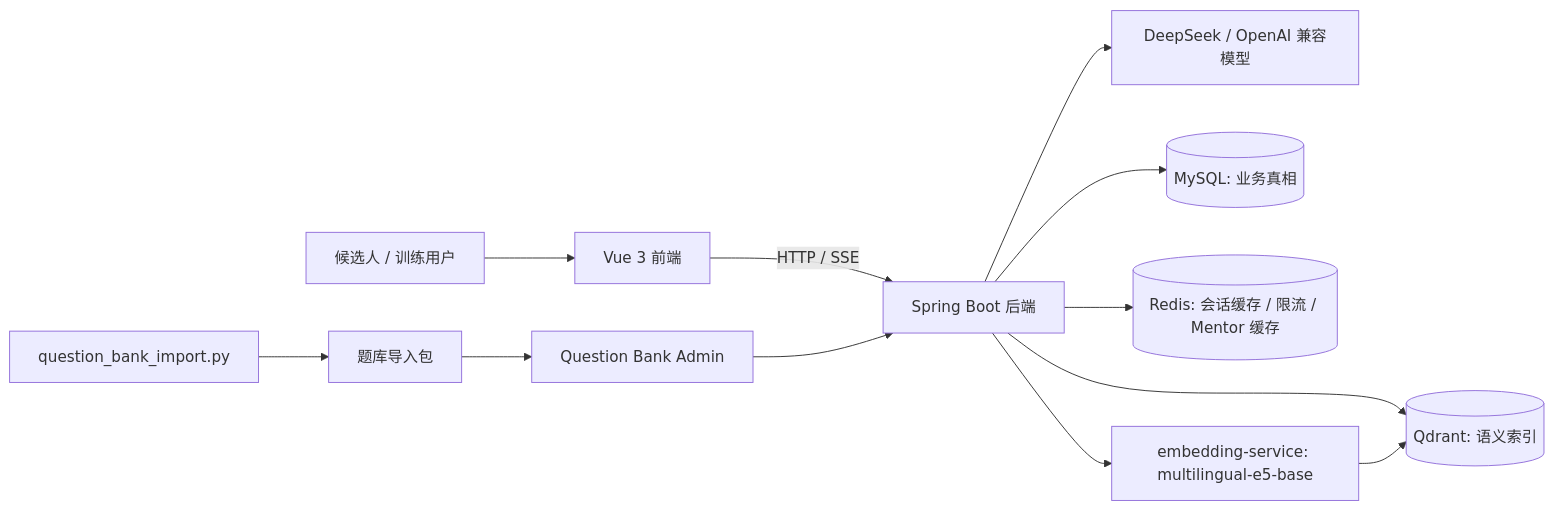
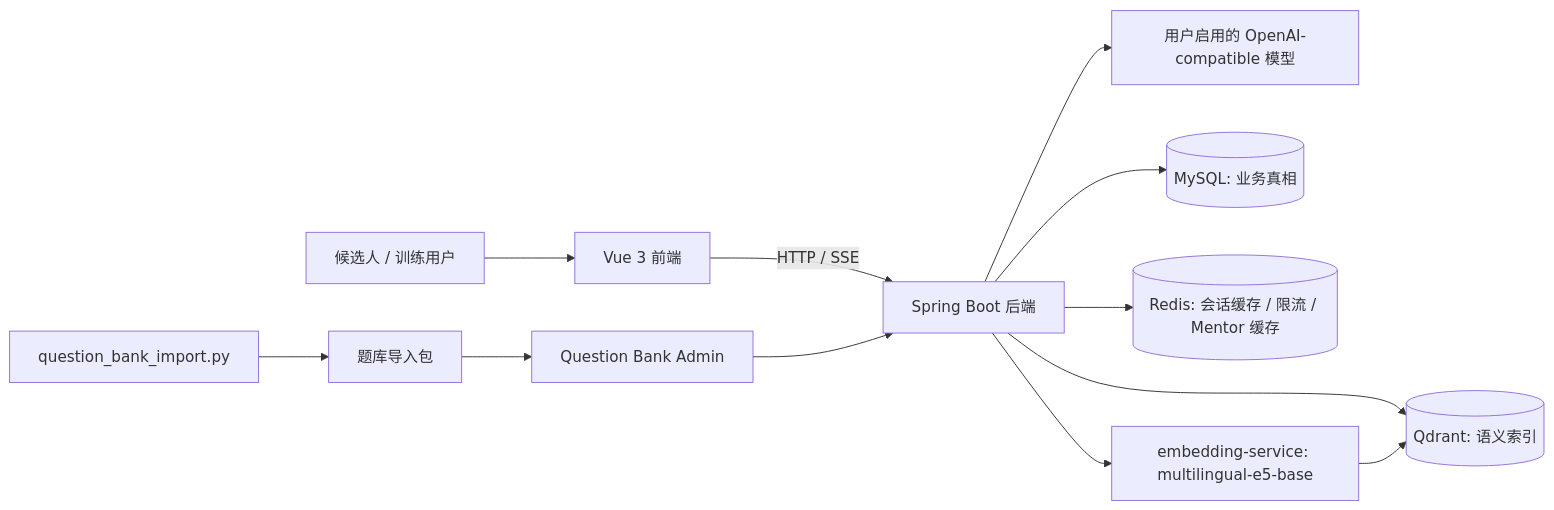
One commit to nzy0510/AI-Interview changed the first of 2 diagrams in README.md. Above: the diagram before and after it, drawn with Mermaid. The commit also changed other lines of this file and 3 other files, not shown here.

````diff
--- a/README.md
+++ b/README.md
@@ -49,14 +49,14 @@
 ```mermaid
 graph LR
     User["候选人 / 训练用户"] --> Frontend["Vue 3 前端"]
     Frontend -->|"HTTP / SSE"| Backend["Spring Boot 后端"]
-    Backend --> LLM["DeepSeek / OpenAI 兼容模型"]
+    Backend --> LLM["用户启用的 OpenAI-compatible 模型"]
     Backend --> MySQL[("MySQL: 业务真相")]
     Backend --> Redis[("Redis: 会话缓存 / 限流 / Mentor 缓存")]
     Backend --> Qdrant[("Qdrant: 语义索引")]
     Backend --> Embed["embedding-service: multilingual-e5-base"]
     Embed --> Qdrant
     Admin["Question Bank Admin"] --> Backend
     Script["question_bank_import.py"] --> Package["题库导入包"]
     Package --> Admin
 ```
````
